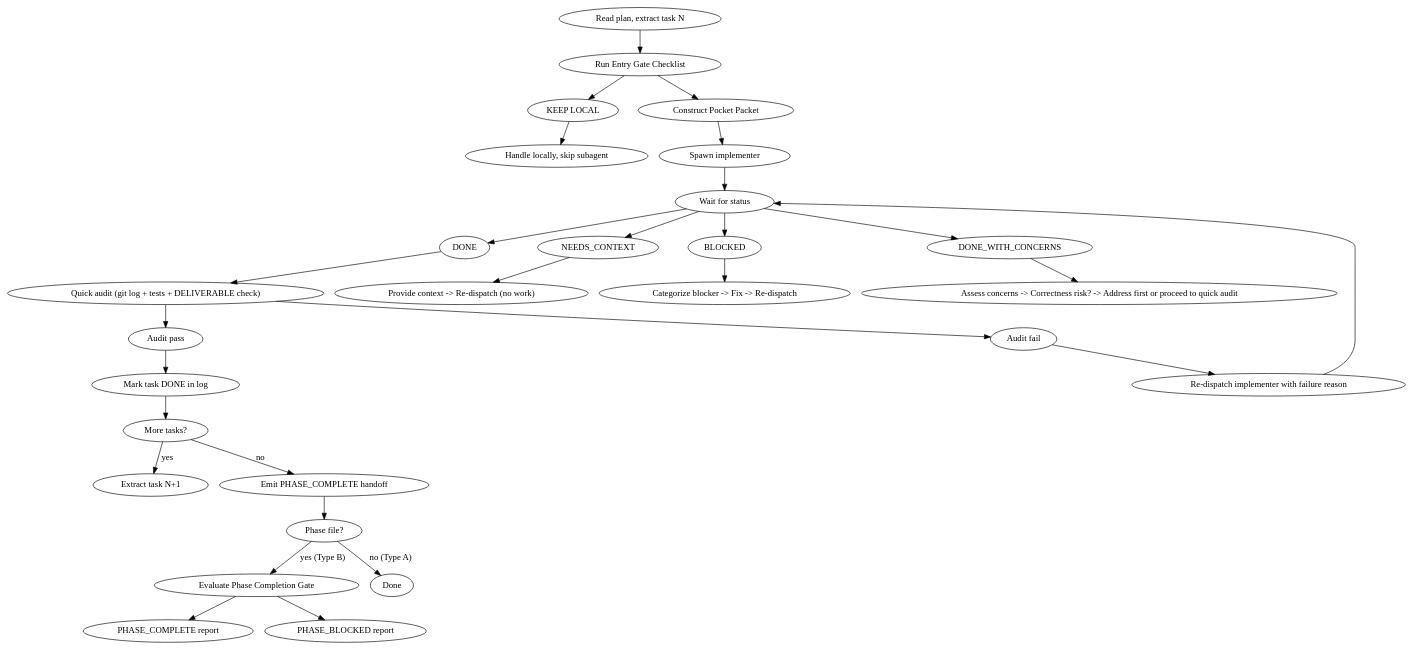
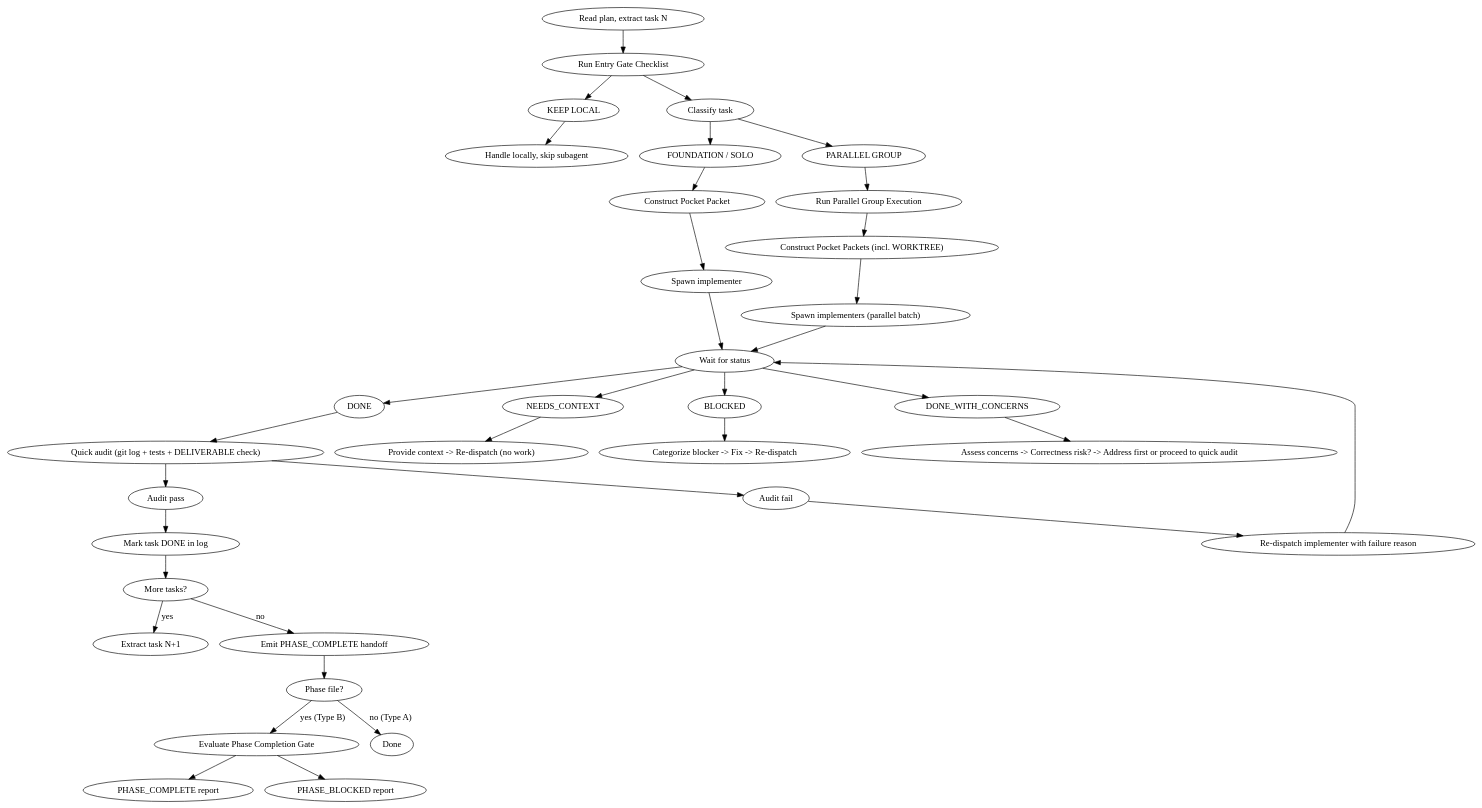
The diagram in skills/pocket-development/SKILL.md (rfxlamia/pocketto), drawn with Graphviz before and after one commit. The commit also changed other lines of this file and 1 other file, not shown here.

First line of the commit message:
feat: add parallel group execution support

````diff
--- a/skills/pocket-development/SKILL.md
+++ b/skills/pocket-development/SKILL.md
@@ -327,31 +328,37 @@
 ```dot
 digraph pocket_process {
     rankdir=TB;
 
     "Read plan, extract task N" -> "Run Entry Gate Checklist";
-    "Run Entry Gate Checklist" -> { "KEEP LOCAL" "Construct Pocket Packet" };
+    "Run Entry Gate Checklist" -> { "KEEP LOCAL" "Classify task" };
+    "Classify task" -> { "FOUNDATION / SOLO" "PARALLEL GROUP" };
+    "FOUNDATION / SOLO" -> "Construct Pocket Packet";
+    "PARALLEL GROUP" -> "Run Parallel Group Execution";
+    "Run Parallel Group Execution" -> "Construct Pocket Packets (incl. WORKTREE)";
+    "Construct Pocket Packets (incl. WORKTREE)" -> "Spawn implementers (parallel batch)";
+    "Spawn implementers (parallel batch)" -> "Wait for status";
     "KEEP LOCAL" -> "Handle locally, skip subagent";
     "Construct Pocket Packet" -> "Spawn implementer";
     "Spawn implementer" -> "Wait for status";
 
     "Wait for status" -> { "DONE" "NEEDS_CONTEXT" "BLOCKED" "DONE_WITH_CONCERNS" };
 
     "DONE" -> "Quick audit (git log + tests + DELIVERABLE check)";
     "Quick audit (git log + tests + DELIVERABLE check)" -> { "Audit pass" "Audit fail" };
     "Audit pass" -> "Mark task DONE in log";
     "Audit fail" -> "Re-dispatch implementer with failure reason";
     "Re-dispatch implementer with failure reason" -> "Wait for status";
 
     "NEEDS_CONTEXT" -> "Provide context -> Re-dispatch (no work)";
     "BLOCKED" -> "Categorize blocker -> Fix -> Re-dispatch";
     "DONE_WITH_CONCERNS" -> "Assess concerns -> Correctness risk? -> Address first or proceed to quick audit";
 
     "Mark task DONE in log" -> "More tasks?";
     "More tasks?" -> "Extract task N+1" [label="yes"];
     "More tasks?" -> "Emit PHASE_COMPLETE handoff" [label="no"];
     "Emit PHASE_COMPLETE handoff" -> "Phase file?";
     "Phase file?" -> "Evaluate Phase Completion Gate" [label="yes (Type B)"];
     "Phase file?" -> "Done" [label="no (Type A)"];
     "Evaluate Phase Completion Gate" -> { "PHASE_COMPLETE report" "PHASE_BLOCKED report" };
 }
 ```
````
